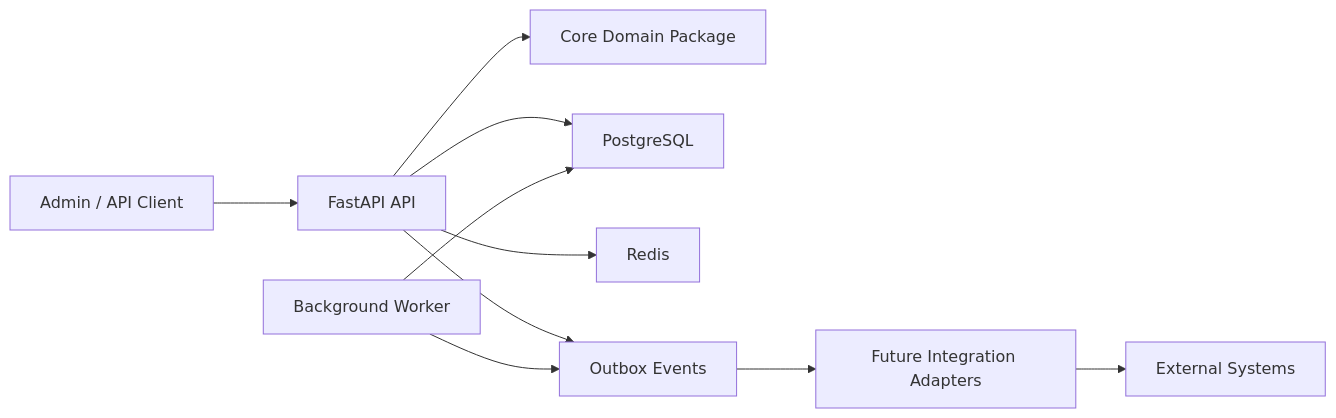
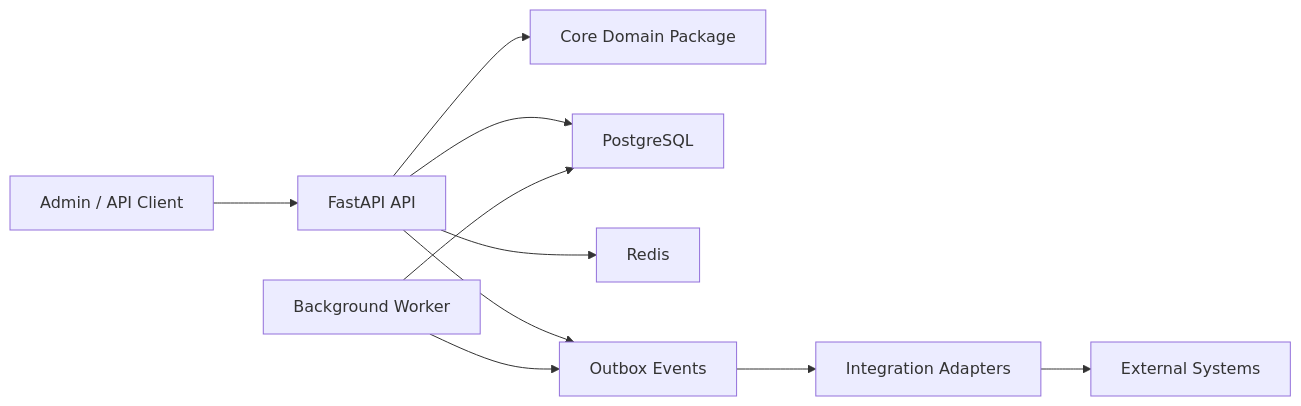
Before and after one commit to AlexGerlitz/drivedesk-core: the first of 6 diagrams in docs/public/ARCHITECTURE_DIAGRAMS.md, drawn with Mermaid. The commit also changed other lines of this file and 30 other files, not shown here.

````diff
--- a/docs/public/ARCHITECTURE_DIAGRAMS.md
+++ b/docs/public/ARCHITECTURE_DIAGRAMS.md
@@ -11,12 +11,12 @@
 ```mermaid
 flowchart LR
   Client["Admin / API Client"] --> API["FastAPI API"]
   API --> Core["Core Domain Package"]
   API --> DB["PostgreSQL"]
   API --> Redis["Redis"]
   API --> Outbox["Outbox Events"]
   Worker["Background Worker"] --> Outbox
   Worker --> DB
-  Outbox --> Adapters["Future Integration Adapters"]
+  Outbox --> Adapters["Integration Adapters"]
   Adapters --> Providers["External Systems"]
 ```
````
